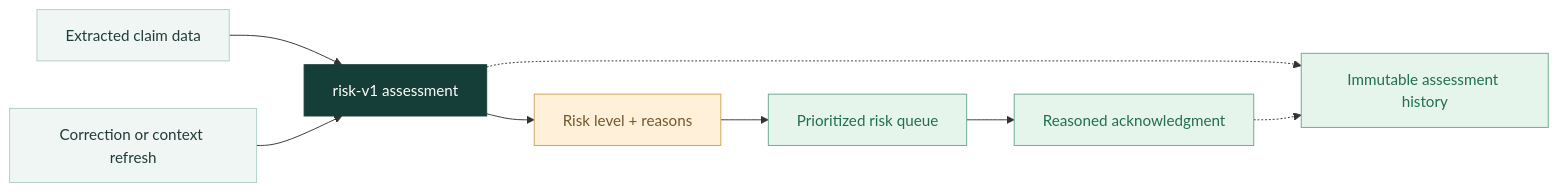
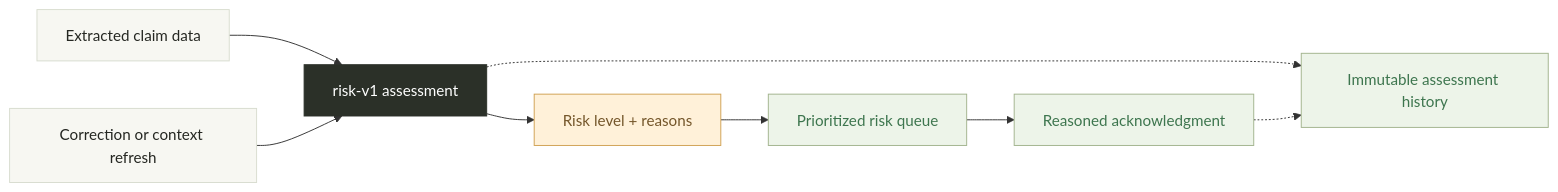
One commit to jengaWiz/Intelligent-Healthcare-Claims-system changed the first of 2 diagrams in README.md. Above: the diagram before and after it, drawn with Mermaid. The commit also changed other lines of this file and 5 other files, not shown here.

````diff
--- a/README.md
+++ b/README.md
@@ -86,18 +86,18 @@
 ```mermaid
 flowchart LR
     DATA[Extracted claim data] --> ENGINE[risk-v1 assessment]
     CHANGE[Correction or context refresh] --> ENGINE
     ENGINE --> RESULT[Risk level + reasons]
     RESULT --> QUEUE[Prioritized risk queue]
     QUEUE --> ACK[Reasoned acknowledgment]
     ENGINE -.-> HISTORY[Immutable assessment history]
     ACK -.-> HISTORY
-    classDef input fill:#f0f6f3,stroke:#b1cfc1,color:#203c3a
-    classDef engine fill:#153e38,stroke:#153e38,color:#ffffff
+    classDef input fill:#f7f7f2,stroke:#d8dccf,color:#252722
+    classDef engine fill:#2b3028,stroke:#2b3028,color:#ffffff
     classDef result fill:#fff1d9,stroke:#d0a152,color:#74562a
-    classDef action fill:#e6f5eb,stroke:#69a98c,color:#216f4e
+    classDef action fill:#edf4e9,stroke:#a2b38d,color:#3d754e
     class DATA,CHANGE input
     class ENGINE engine
     class RESULT result
     class QUEUE,ACK,HISTORY action
 ```
````
